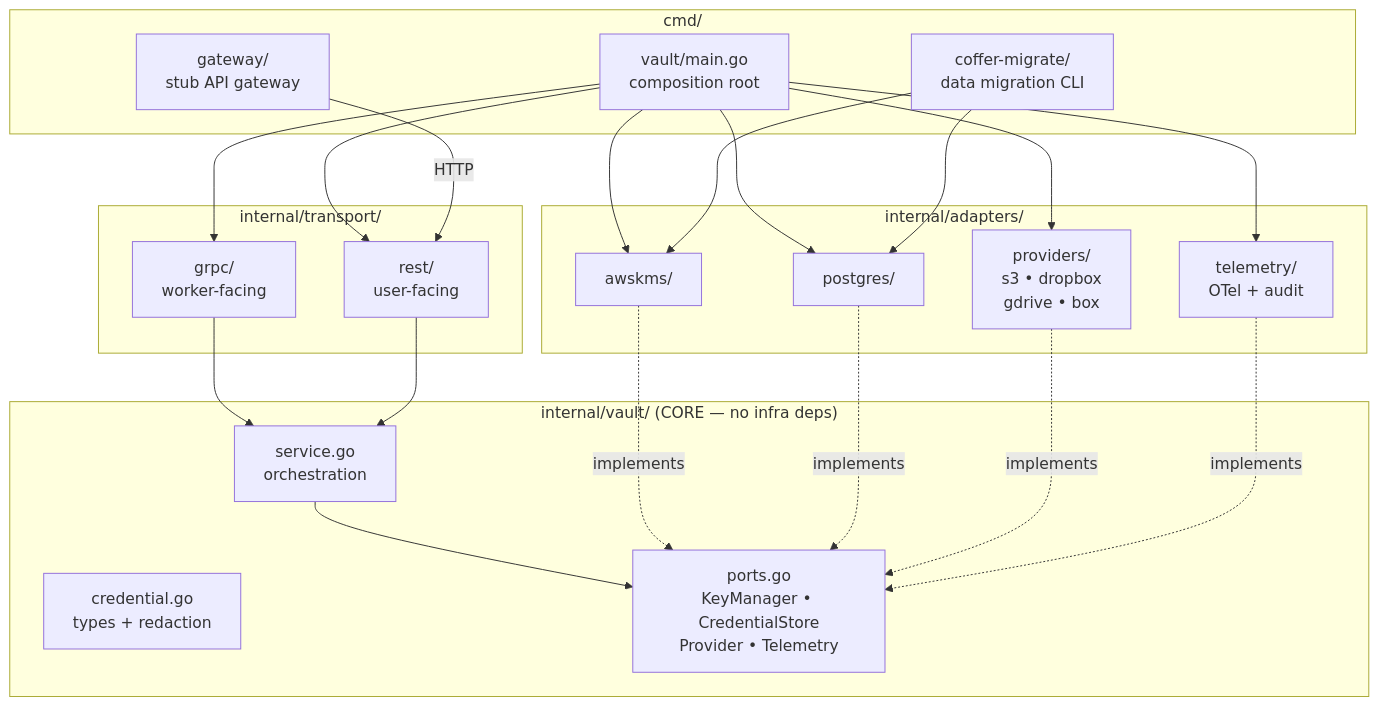
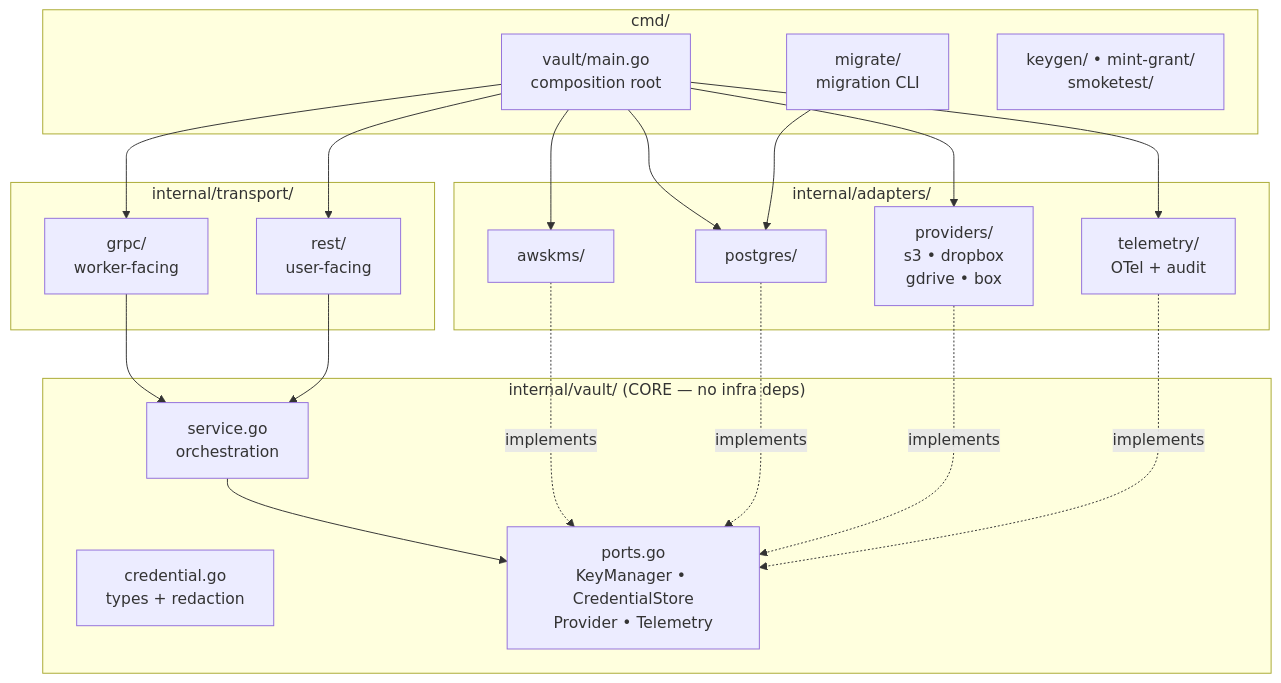
One commit to tumultousRamen/coffer changed the fourth of 4 diagrams in README.md. Above: the diagram before and after it, drawn with Mermaid. The commit also changed other lines of this file, not shown here.

````diff
--- a/README.md
+++ b/README.md
@@ -157,47 +180,44 @@
 ```mermaid
 flowchart TB
     subgraph cmd["cmd/"]
         Main["vault/main.go<br/>composition root"]
-        Gw["gateway/<br/>stub API gateway"]
-        Migrate["coffer-migrate/<br/>data migration CLI"]
+        Migrate["migrate/<br/>migration CLI"]
+        Tools["keygen/ • mint-grant/<br/>smoketest/"]
     end
 
     subgraph transport["internal/transport/"]
         Grpc["grpc/<br/>worker-facing"]
         Rest["rest/<br/>user-facing"]
     end
 
     subgraph core["internal/vault/  (CORE — no infra deps)"]
         Service["service.go<br/>orchestration"]
         Types["credential.go<br/>types + redaction"]
         Ports["ports.go<br/>KeyManager • CredentialStore<br/>Provider • Telemetry"]
     end
 
     subgraph adapters["internal/adapters/"]
         AWS["awskms/"]
         PG["postgres/"]
         Providers["providers/<br/>s3 • dropbox<br/>gdrive • box"]
         Tel["telemetry/<br/>OTel + audit"]
     end
 
     Main --> Grpc
     Main --> Rest
     Main --> AWS
     Main --> PG
     Main --> Providers
     Main --> Tel
 
-    Gw -->|HTTP| Rest
-
-    Migrate --> AWS
     Migrate --> PG
 
     Grpc --> Service
     Rest --> Service
     Service --> Ports
 
     AWS -.implements.-> Ports
     PG -.implements.-> Ports
     Providers -.implements.-> Ports
     Tel -.implements.-> Ports
 ```
````
